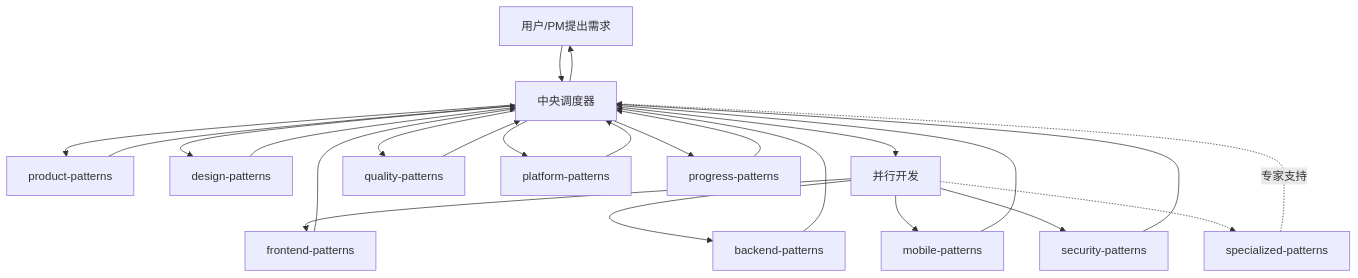
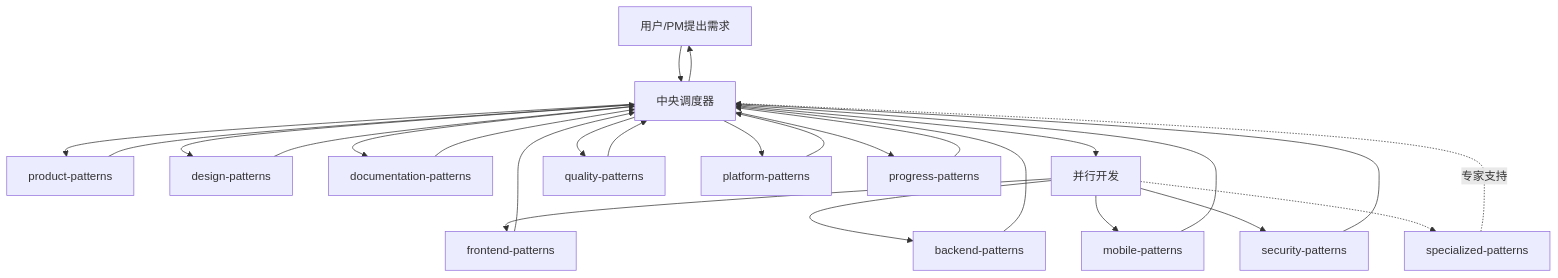
One commit to Tooooommy/Trae-Workflow changed the first of 2 diagrams in agents/orchestrator.md. Above: the diagram before and after it, drawn with Mermaid. The commit also changed other lines of this file and 3 other files, not shown here.

First line of the commit message:
feat(documentation): 新增 documentation-patterns Skill

````diff
--- a/agents/orchestrator.md
+++ b/agents/orchestrator.md
@@ -25,34 +25,37 @@
 ```mermaid
 flowchart TD
     User[用户/PM提出需求] --> Orchestrator[中央调度器]
 
     Orchestrator --> Product[product-patterns]
     Product --> Orchestrator
 
     Orchestrator --> Design[design-patterns]
     Design --> Orchestrator
+
+    Orchestrator --> Doc[documentation-patterns]
+    Doc --> Orchestrator
 
     Orchestrator --> ParallelDev[并行开发]
     ParallelDev --> FE[frontend-patterns]
     ParallelDev --> BE[backend-patterns]
     ParallelDev --> Mobile[mobile-patterns]
     ParallelDev --> Security[security-patterns]
     ParallelDev -.-> Expert[specialized-patterns]
 
     FE --> Orchestrator
     BE --> Orchestrator
     Mobile --> Orchestrator
     Security --> Orchestrator
     Expert -. 专家支持 .-> Orchestrator
 
     Orchestrator --> QA[quality-patterns]
     QA --> Orchestrator
 
     Orchestrator --> Ops[platform-patterns]
     Ops --> Orchestrator
 
     Orchestrator --> Progress[progress-patterns]
     Progress --> Orchestrator
 
     Orchestrator --> User
 ```
````
